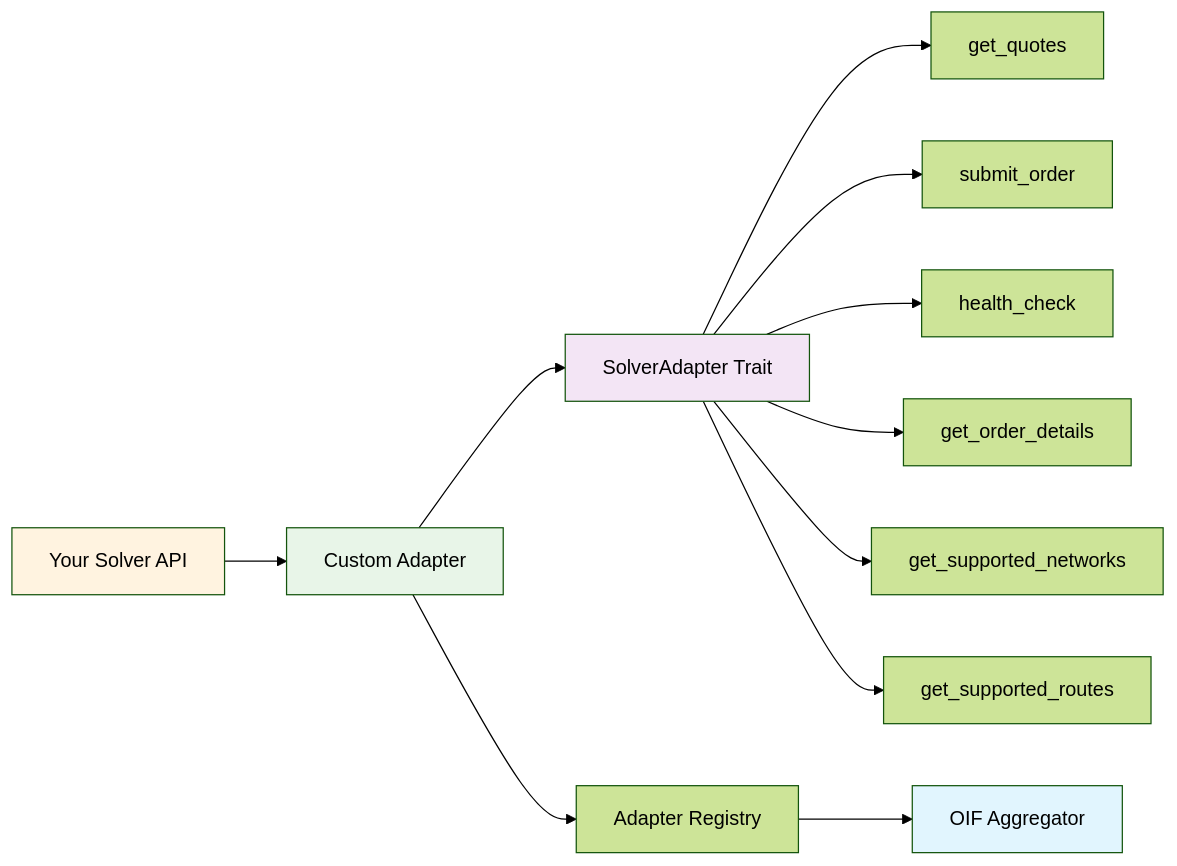
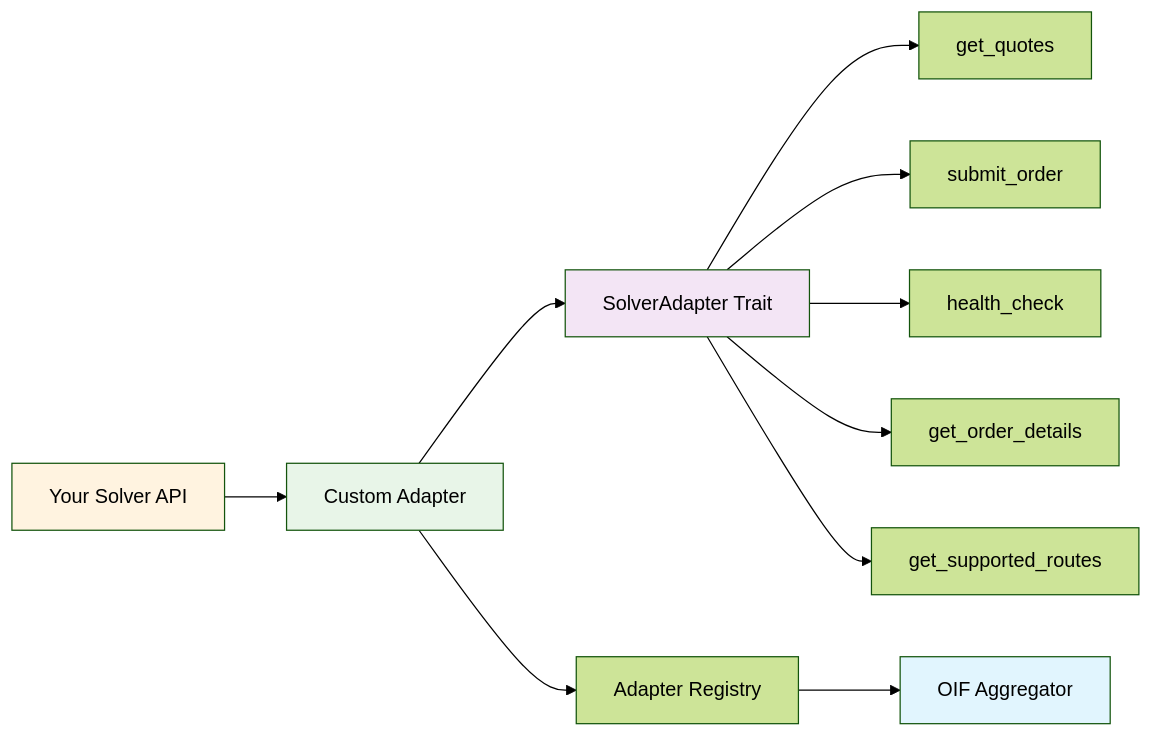
Before and after one commit to openintentsframework/oif-aggregator: the second of 2 diagrams in docs/custom-adapters.md, drawn with Mermaid (forest theme). The commit also changed other lines of this file and 10 other files, not shown here.

````diff
--- a/docs/custom-adapters.md
+++ b/docs/custom-adapters.md
@@ -22,19 +22,18 @@
 ```mermaid
 graph LR
     A[Your Solver API] --> B[Custom Adapter]
     B --> C[SolverAdapter Trait]
     C --> D[get_quotes]
     C --> E[submit_order]
     C --> F[health_check]
     C --> G[get_order_details]
-    C --> H[get_supported_networks]
-    C --> I[get_supported_routes]
+    C --> H[get_supported_routes]
     
     B --> J[Adapter Registry]
     J --> K[OIF Aggregator]
     
     style A fill:#fff3e0
     style B fill:#e8f5e8
     style C fill:#f3e5f5
     style K fill:#e1f5fe
 ```
````
